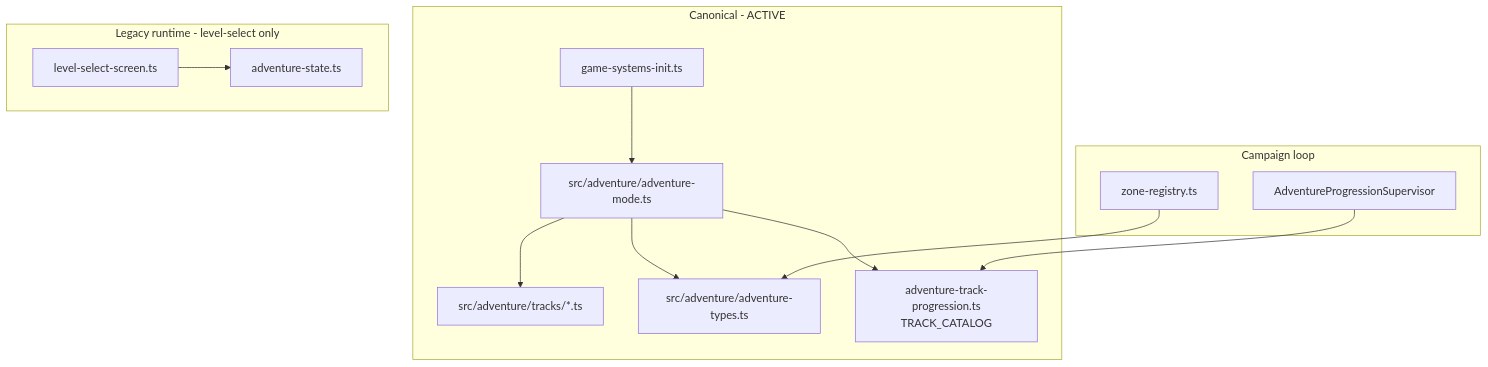
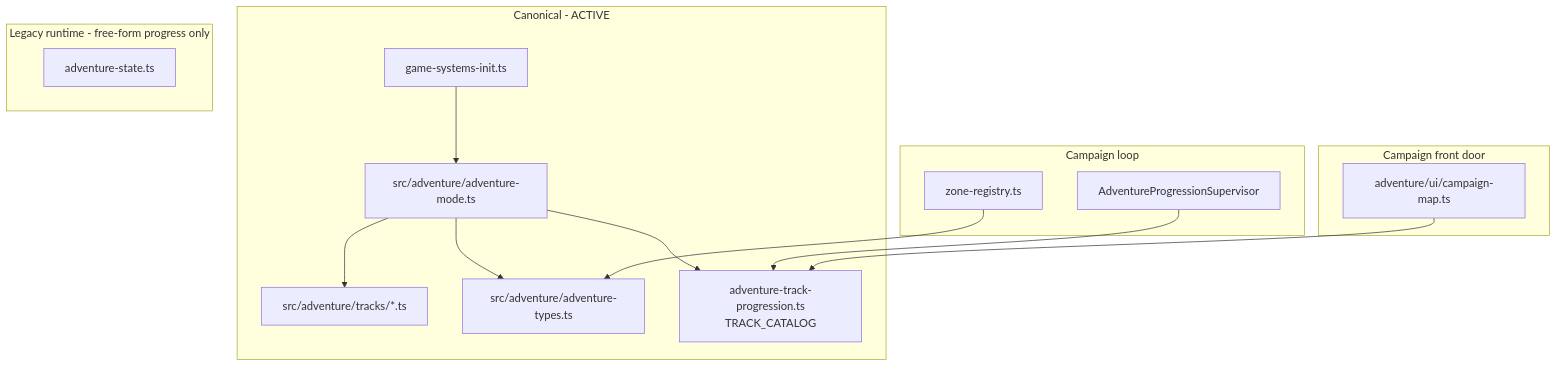
One commit to ford442/pachinball changed the diagram in docs/ARCHITECTURE.md. Above: the diagram before and after it, drawn with Mermaid. The commit also changed other lines of this file and 41 other files, not shown here.

First line of the commit message:
Campaign front door: start mode, stage map, retire legacy Levels

````diff
--- a/docs/ARCHITECTURE.md
+++ b/docs/ARCHITECTURE.md
@@ -37,24 +37,27 @@
 ```mermaid
 flowchart TB
   subgraph canonical [Canonical - ACTIVE]
     AdventureMode["src/adventure/adventure-mode.ts"]
     TrackBuilders["src/adventure/tracks/*.ts"]
     AdventureTypes["src/adventure/adventure-types.ts"]
     TrackCatalog["adventure-track-progression.ts\nTRACK_CATALOG"]
     AdventureMode --> TrackBuilders
     AdventureMode --> AdventureTypes
     AdventureMode --> TrackCatalog
     GameSystemsInit["game-systems-init.ts"] --> AdventureMode
   end
 
   subgraph campaign [Campaign loop]
     Supervisor["AdventureProgressionSupervisor"]
     Supervisor --> TrackCatalog
     ZoneRegistry["zone-registry.ts"] --> AdventureTypes
   end
 
-  subgraph legacyRuntime [Legacy runtime - level-select only]
+  subgraph frontDoor [Campaign front door]
+    CampaignMap["adventure/ui/campaign-map.ts"] --> TrackCatalog
+  end
+
+  subgraph legacyRuntime [Legacy runtime - free-form progress only]
     AdventureState["adventure-state.ts"]
-    LevelSelect["level-select-screen.ts"] --> AdventureState
   end
 ```
````
